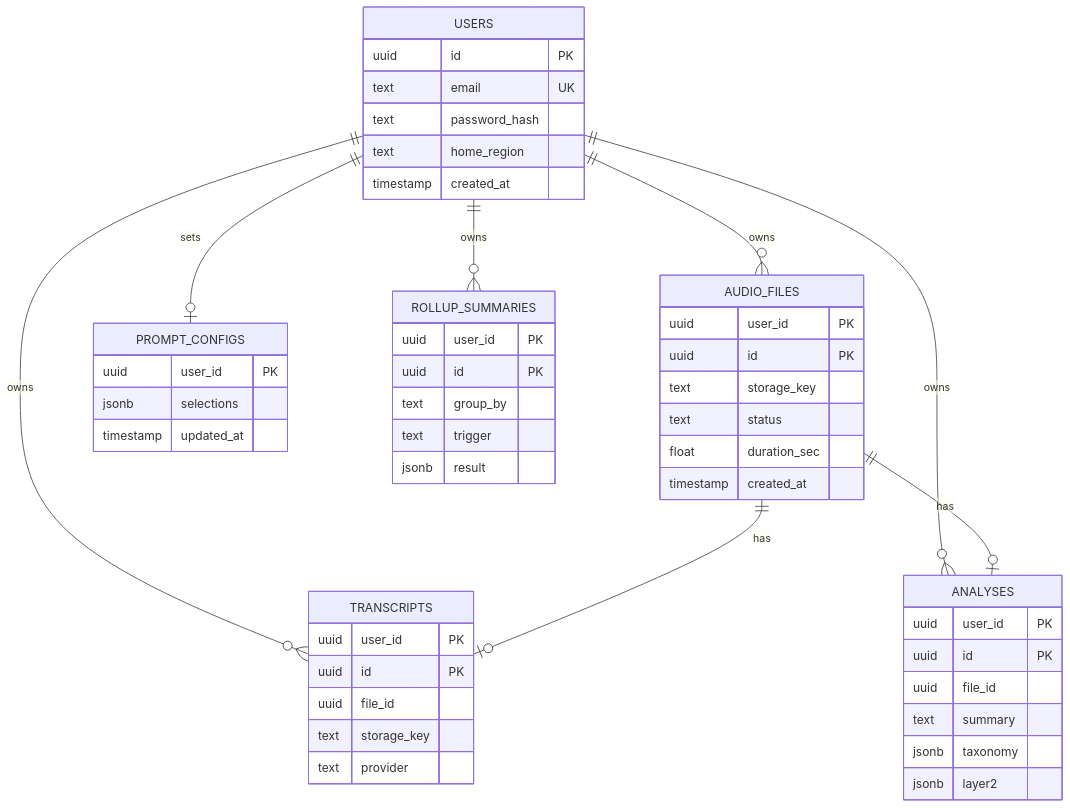
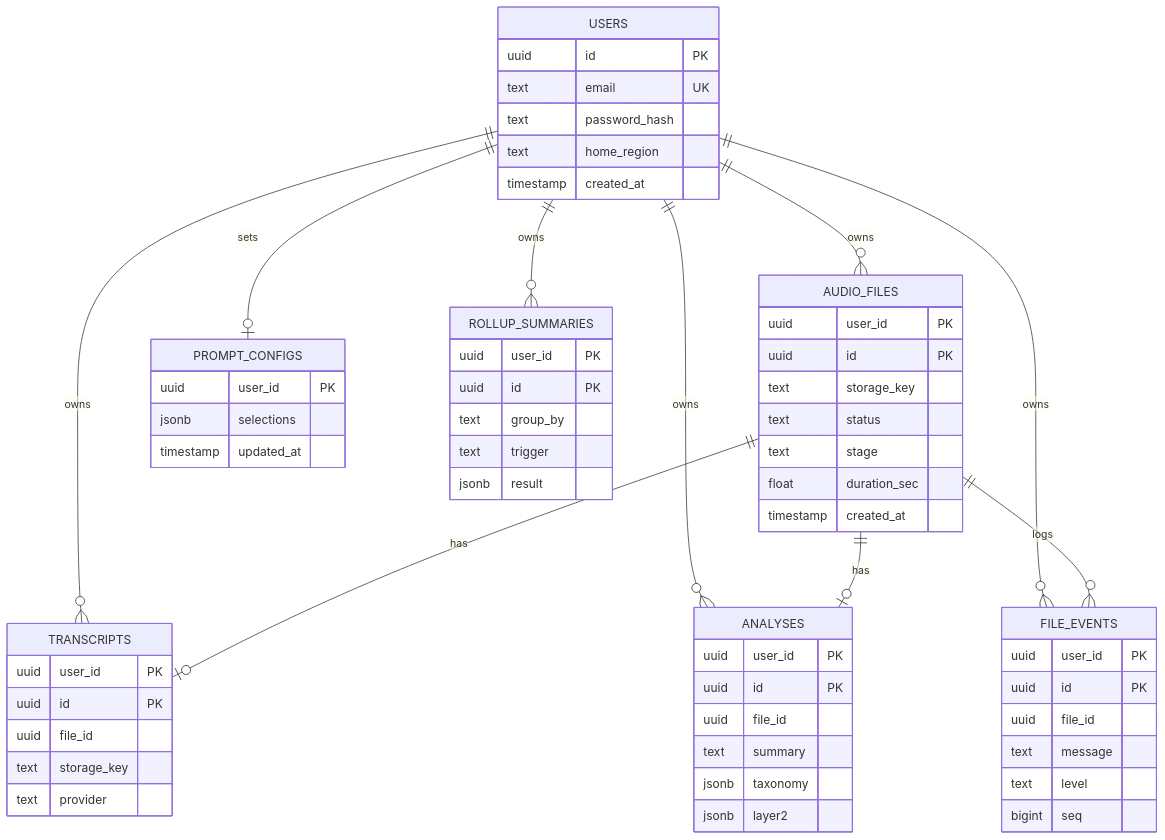
Before and after one commit to highprincezero/wn-voice-analytics: the diagram in docs/data-model.md, drawn with Mermaid. The commit also changed other lines of this file and 23 other files, not shown here.

First line of the commit message:
Show pipeline stage and job events in Assistant.

````diff
--- a/docs/data-model.md
+++ b/docs/data-model.md
@@ -9,53 +9,64 @@
 ```mermaid
 erDiagram
   USERS ||--o{ AUDIO_FILES : owns
   USERS ||--o| PROMPT_CONFIGS : sets
   USERS ||--o{ TRANSCRIPTS : owns
   USERS ||--o{ ANALYSES : owns
   USERS ||--o{ ROLLUP_SUMMARIES : owns
+  USERS ||--o{ FILE_EVENTS : owns
   AUDIO_FILES ||--o| TRANSCRIPTS : has
   AUDIO_FILES ||--o| ANALYSES : has
+  AUDIO_FILES ||--o{ FILE_EVENTS : logs
 
   USERS {
     uuid id PK
     text email UK
     text password_hash
     text home_region
     timestamp created_at
   }
   AUDIO_FILES {
     uuid user_id PK
     uuid id PK
     text storage_key
     text status
+    text stage
     float duration_sec
     timestamp created_at
   }
   TRANSCRIPTS {
     uuid user_id PK
     uuid id PK
     uuid file_id
     text storage_key
     text provider
   }
   ANALYSES {
     uuid user_id PK
     uuid id PK
     uuid file_id
     text summary
     jsonb taxonomy
     jsonb layer2
   }
   PROMPT_CONFIGS {
     uuid user_id PK
     jsonb selections
     timestamp updated_at
   }
   ROLLUP_SUMMARIES {
     uuid user_id PK
     uuid id PK
     text group_by
     text trigger
     jsonb result
   }
+  FILE_EVENTS {
+    uuid user_id PK
+    uuid id PK
+    uuid file_id
+    text message
+    text level
+    bigint seq
+  }
 ```
````
